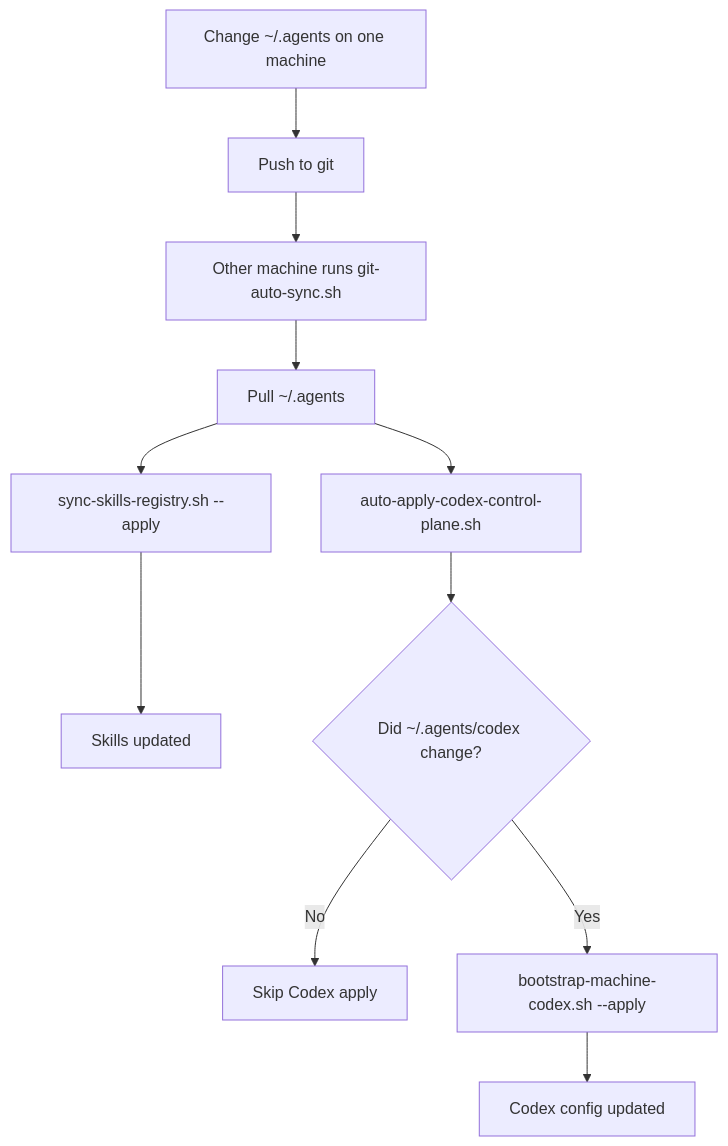
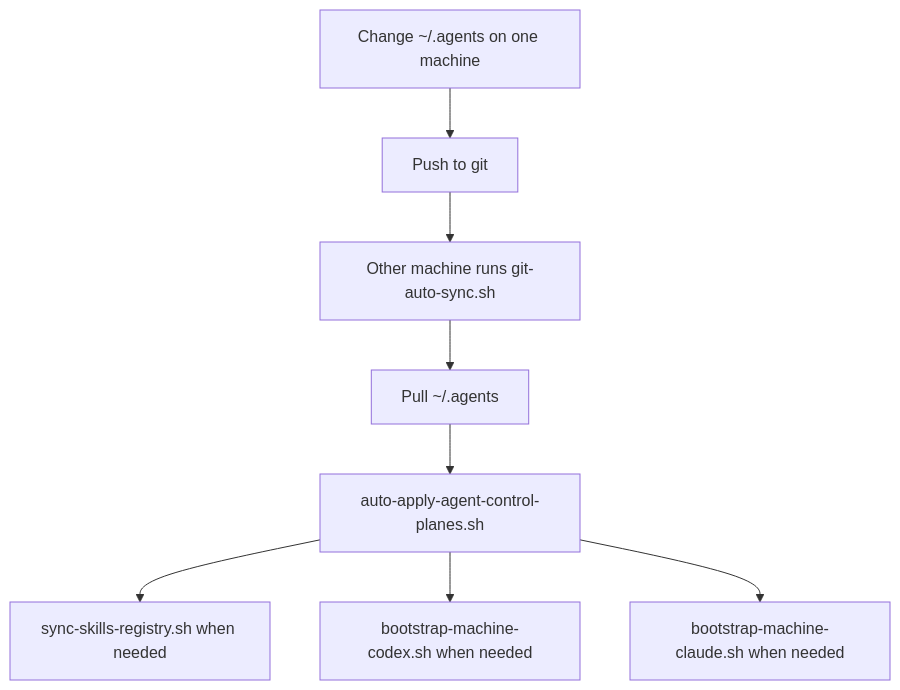
The diagram in docs/architecture/codex-sync-simple.md (wisdom-in-a-nutshell/.agents), drawn with Mermaid before and after one commit. The commit also changed other lines of this file and 18 other files, not shown here.

````diff
--- a/docs/architecture/codex-sync-simple.md
+++ b/docs/architecture/codex-sync-simple.md
@@ -13,13 +12,10 @@
 ```mermaid
 flowchart TD
     A[Change ~/.agents on one machine] --> B[Push to git]
     B --> C[Other machine runs git-auto-sync.sh]
     C --> D[Pull ~/.agents]
-    D --> E[sync-skills-registry.sh --apply]
-    D --> F[auto-apply-codex-control-plane.sh]
-    E --> G[Skills updated]
-    F --> H{Did ~/.agents/codex change?}
-    H -->|No| I[Skip Codex apply]
-    H -->|Yes| J[bootstrap-machine-codex.sh --apply]
-    J --> K[Codex config updated]
+    D --> E[auto-apply-agent-control-planes.sh]
+    E --> F[sync-skills-registry.sh when needed]
+    E --> G[bootstrap-machine-codex.sh when needed]
+    E --> H[bootstrap-machine-claude.sh when needed]
 ```
````
